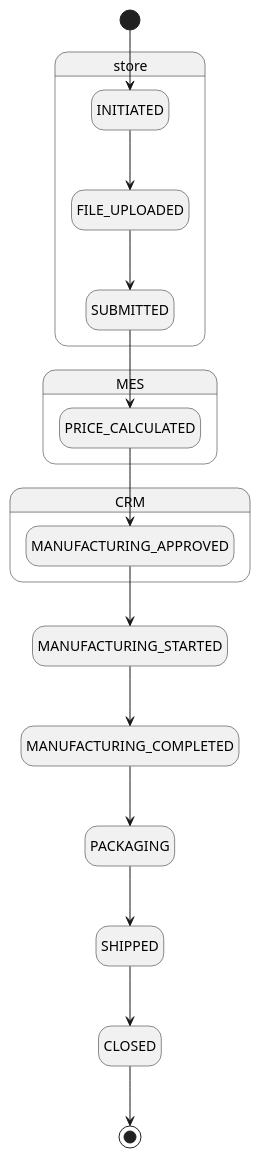
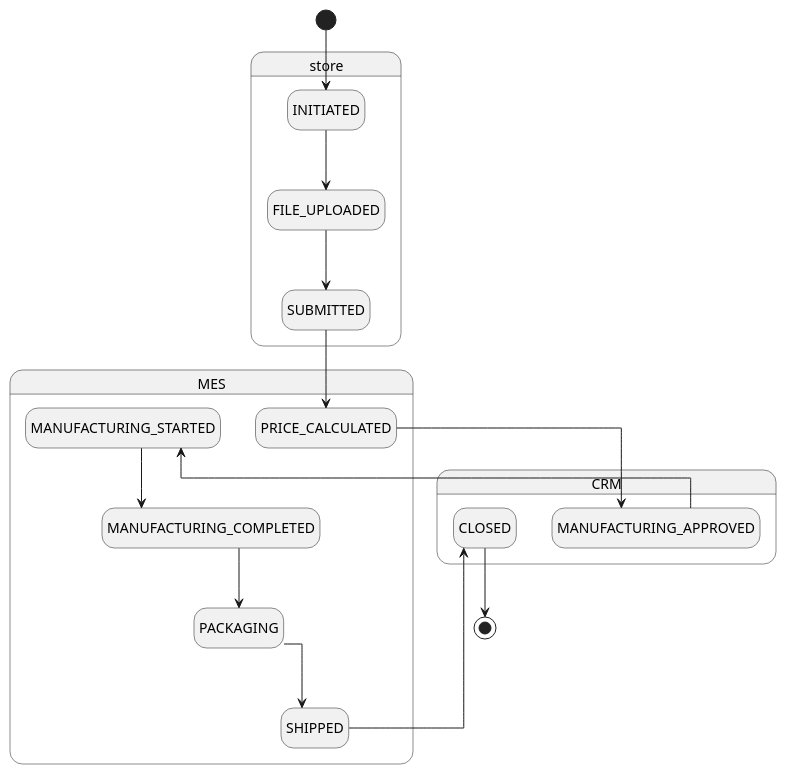
The diagram in docs/diagrams/src/order_flow.wsd (Anulap/architecture-sprint-4), drawn with PlantUML before and after one commit. The commit also changed 3 other files, not shown here.

```diff
--- a/docs/diagrams/src/order_flow.wsd
+++ b/docs/diagrams/src/order_flow.wsd
@@ -1,29 +1,36 @@
-@startuml Заказ состояния
+@startuml Граф состояний заказа
+
+skinparam linetype ortho
 
 hide empty description
 state store {
     state INITIATED
     state FILE_UPLOADED
     state SUBMITTED
 }
 
 state MES {
     state PRICE_CALCULATED
+    state MANUFACTURING_STARTED
+    state MANUFACTURING_COMPLETED
+    state PACKAGING
+    state SHIPPED
 }
 
 state CRM {
     state MANUFACTURING_APPROVED
+    state CLOSED
 }
 
 [*] --> INITIATED
 INITIATED --> FILE_UPLOADED
 FILE_UPLOADED --> SUBMITTED
 SUBMITTED --> PRICE_CALCULATED
 PRICE_CALCULATED --> MANUFACTURING_APPROVED
 MANUFACTURING_APPROVED --> MANUFACTURING_STARTED
 MANUFACTURING_STARTED --> MANUFACTURING_COMPLETED
 MANUFACTURING_COMPLETED --> PACKAGING
 PACKAGING --> SHIPPED
 SHIPPED --> CLOSED
 CLOSED --> [*]
 @enduml
```
